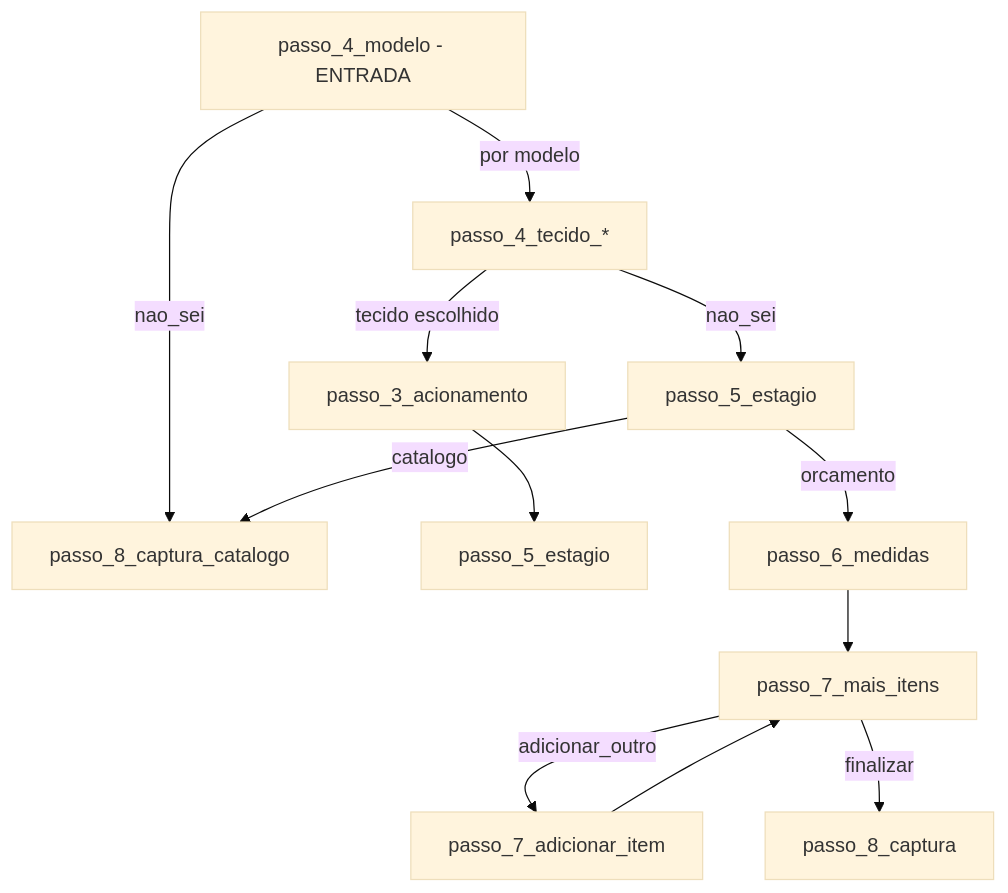
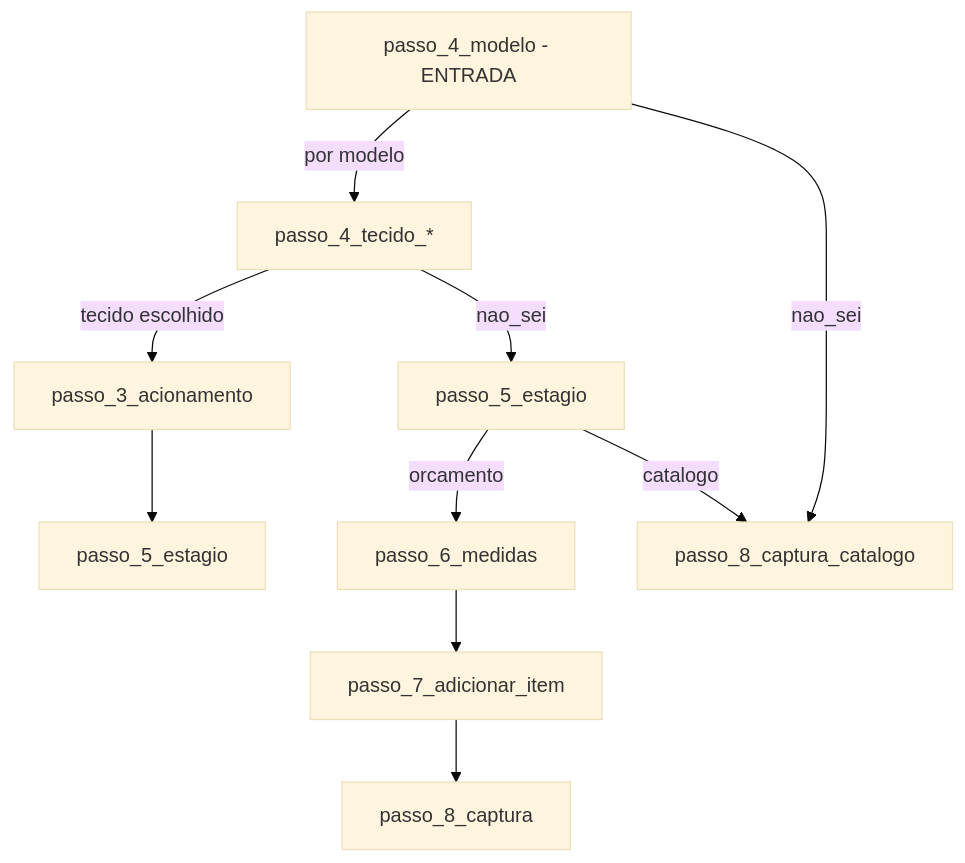
The diagram in docs/quiz-v2-fluxo.md (ryanp12digital/quiz.persianas), drawn with Mermaid (base theme) before and after one commit. The commit also changed other lines of this file and 9 other files, not shown here.

Commit message:
feat: Introduce new quiz versions (V2, V4, V5, V6) with their respective flow documentation and a shared question component.

````diff
--- a/docs/quiz-v2-fluxo.md
+++ b/docs/quiz-v2-fluxo.md
@@ -62,14 +62,12 @@
 ```mermaid
 flowchart TD
     B[passo_4_modelo - ENTRADA] -->|por modelo| D[passo_4_tecido_*]
     B -->|nao_sei| E[passo_8_captura_catalogo]
     D -->|tecido escolhido| F[passo_3_acionamento]
     D -->|nao_sei| G[passo_5_estagio]
     F --> H[passo_5_estagio]
     G -->|orcamento| I[passo_6_medidas]
     G -->|catalogo| E
-    I --> J[passo_7_mais_itens]
-    J -->|adicionar_outro| K[passo_7_adicionar_item]
-    J -->|finalizar| C[passo_8_captura]
-    K --> J
+    I --> K[passo_7_adicionar_item]
+    K --> C[passo_8_captura]
 ```
````
